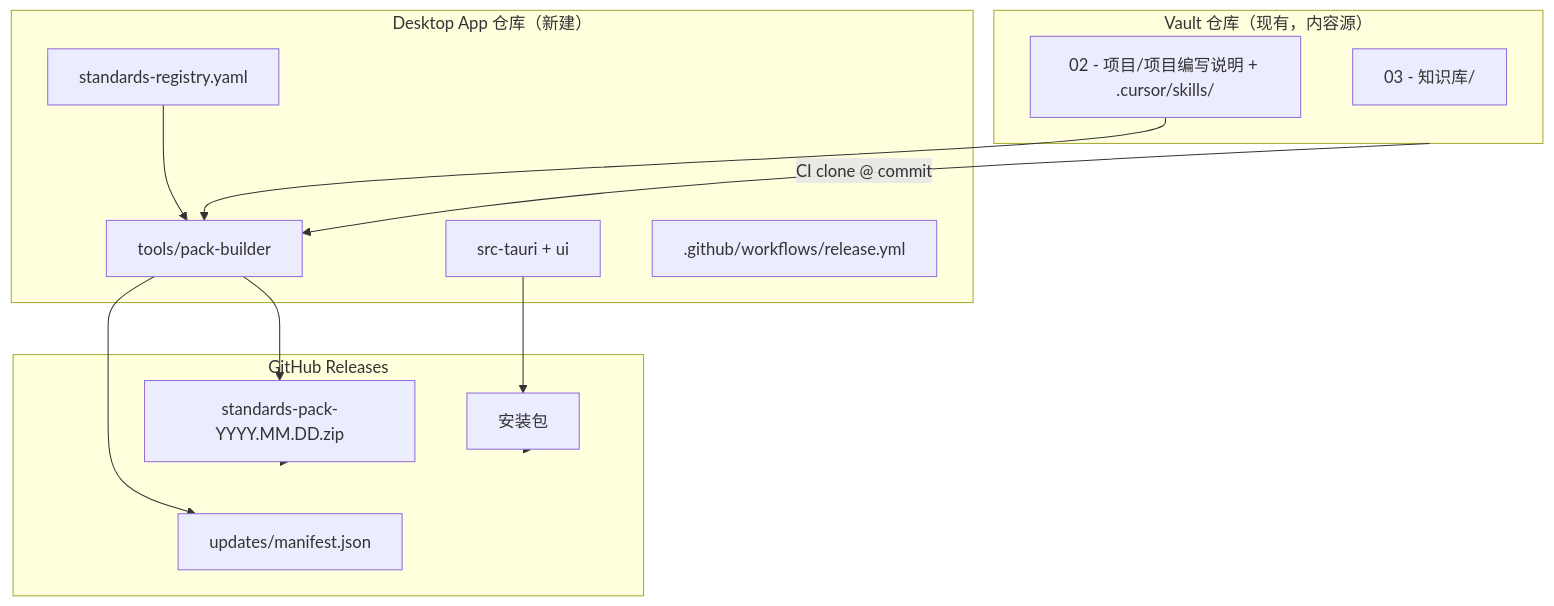
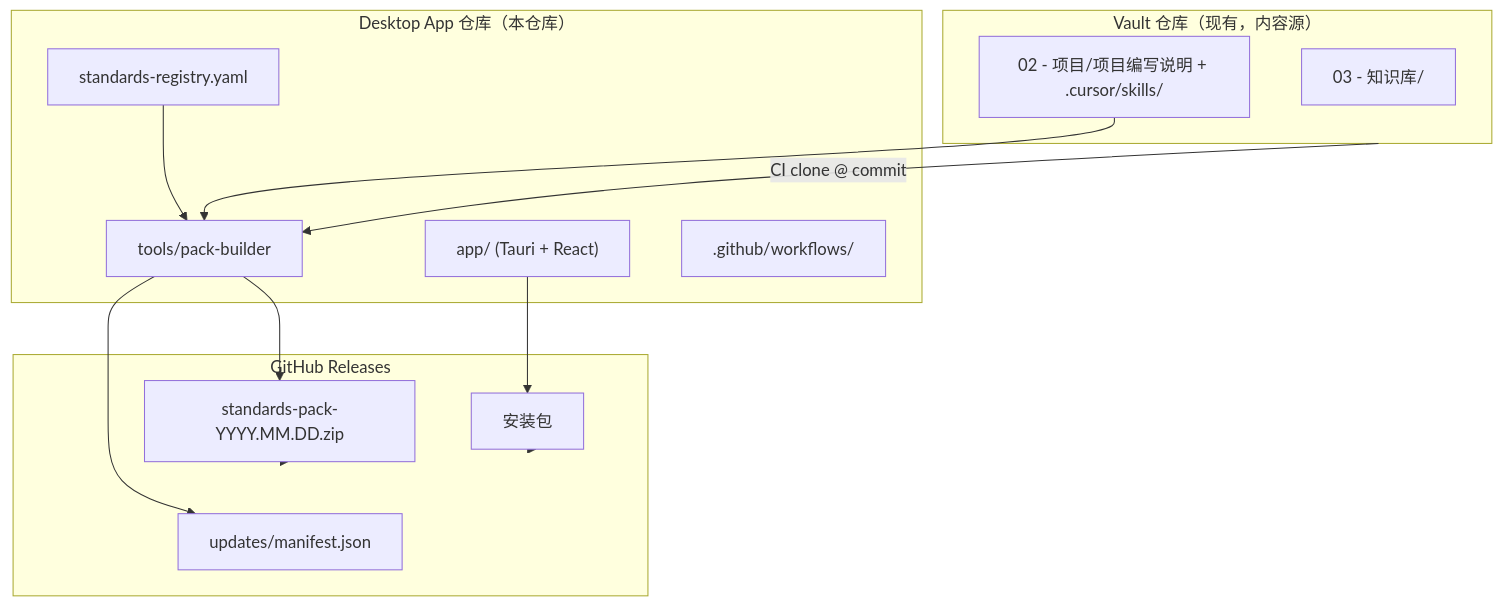
Before and after one commit to MoonMaxTea/Accounting-Copilot: the first of 2 diagrams in docs/DESIGN.md, drawn with Mermaid. The commit also changed other lines of this file and 14 other files, not shown here.

````diff
--- a/docs/DESIGN.md
+++ b/docs/DESIGN.md
@@ -39,29 +41,29 @@
 ```mermaid
 flowchart TB
     subgraph vault["Vault 仓库（现有，内容源）"]
         KB["03 - 知识库/"]
         SPEC["02 - 项目/项目编写说明 + .cursor/skills/"]
     end
 
-    subgraph desktop["Desktop App 仓库（新建）"]
+    subgraph desktop["Desktop App 仓库（本仓库）"]
         REG["standards-registry.yaml"]
         BUILD["tools/pack-builder"]
-        APP["src-tauri + ui"]
-        REL[".github/workflows/release.yml"]
+        APP["app/ (Tauri + React)"]
+        REL[".github/workflows/"]
     end
 
     subgraph gh["GitHub Releases"]
         MAN["updates/manifest.json"]
         PACK["standards-pack-YYYY.MM.DD.zip"]
         BIN["安装包"]
     end
 
     vault -->|"CI clone @ commit"| BUILD
     REG --> BUILD
     SPEC --> BUILD
     BUILD --> PACK
     BUILD --> MAN
     APP --> BIN
     PACK --> gh
     BIN --> gh
 ```
````
